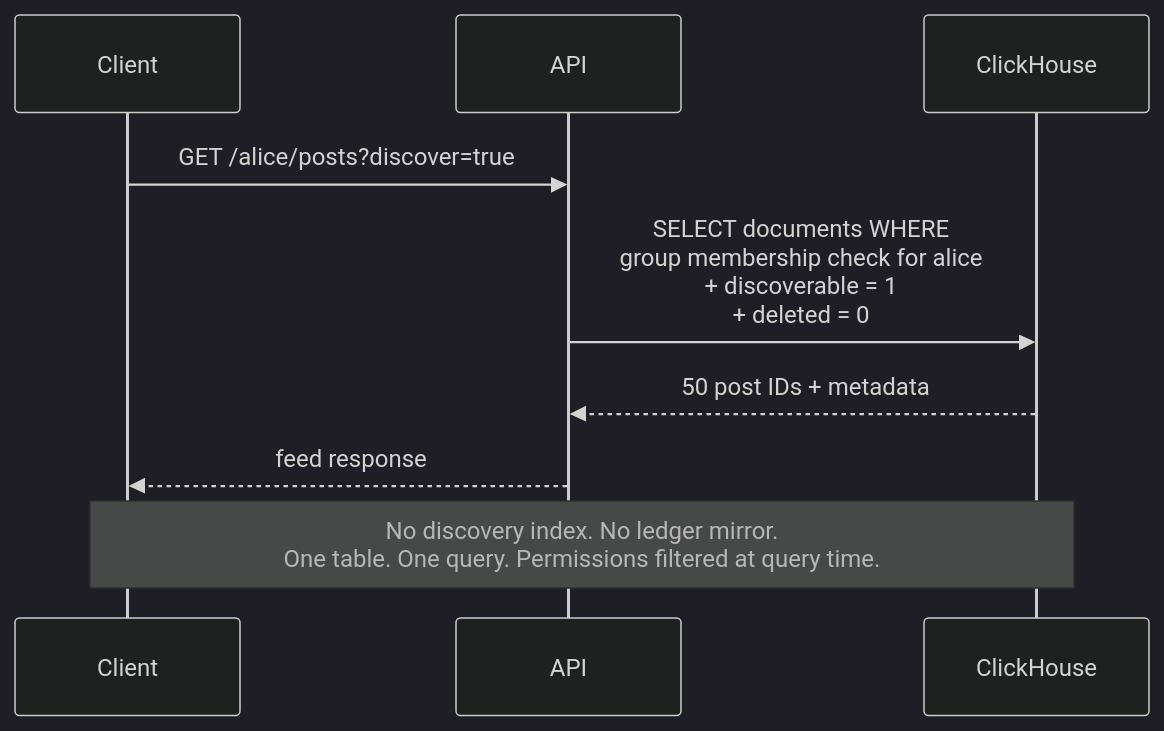
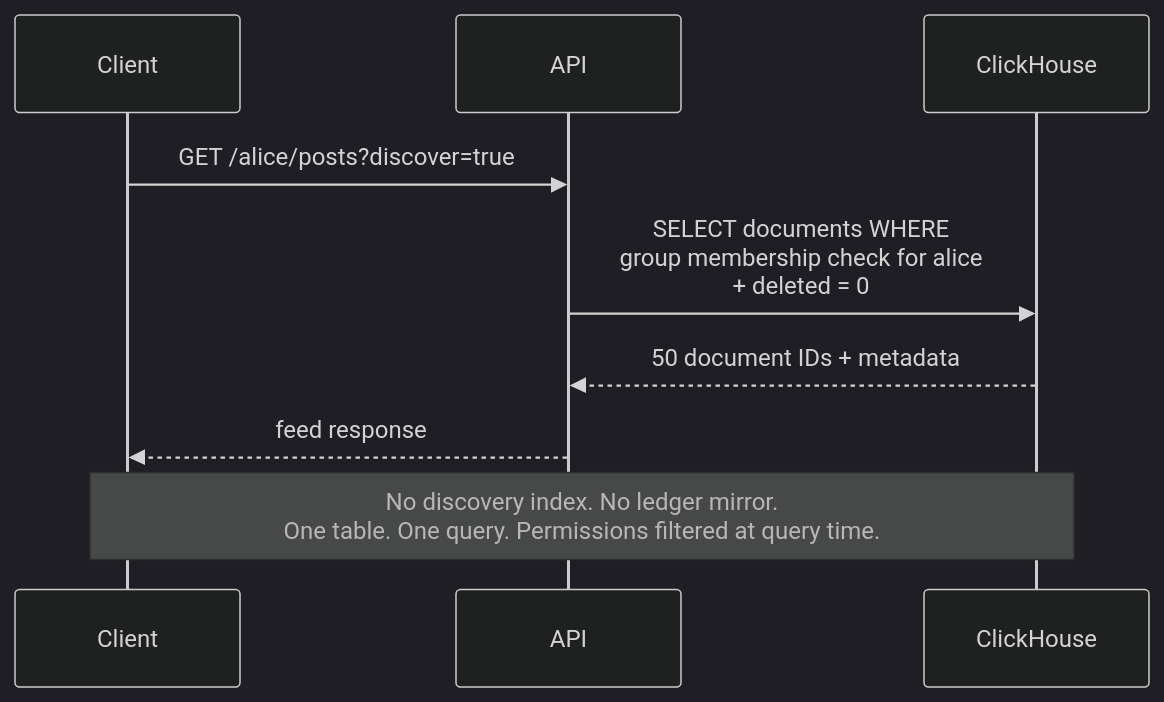
Before and after one commit to jacoby149/web10: the second of 7 diagrams in knowledge/knowledge-base/web10-v3-brainstorm/overview.md, drawn with Mermaid (dark theme). The commit also changed other lines of this file and 29 other files, not shown here.

Commit message:
docs: refactor knowledge base — documents over posts, service-scoped roles, discover group, fully-qualified group IDs

````diff
--- a/knowledge/knowledge-base/web10-v3-brainstorm/overview.md
+++ b/knowledge/knowledge-base/web10-v3-brainstorm/overview.md
@@ -290,13 +275,13 @@
 ```mermaid
 sequenceDiagram
     participant Client
     participant API
     participant ClickHouse
 
     Client->>API: GET /alice/posts?discover=true
-    API->>ClickHouse: SELECT documents WHERE<br/>group membership check for alice<br/>+ discoverable = 1<br/>+ deleted = 0
-    ClickHouse-->>API: 50 post IDs + metadata
+    API->>ClickHouse: SELECT documents WHERE<br/>group membership check for alice<br/>+ deleted = 0
+    ClickHouse-->>API: 50 document IDs + metadata
     API-->>Client: feed response
 
     Note over Client,ClickHouse: No discovery index. No ledger mirror.<br/>One table. One query. Permissions filtered at query time.
 ```
````
